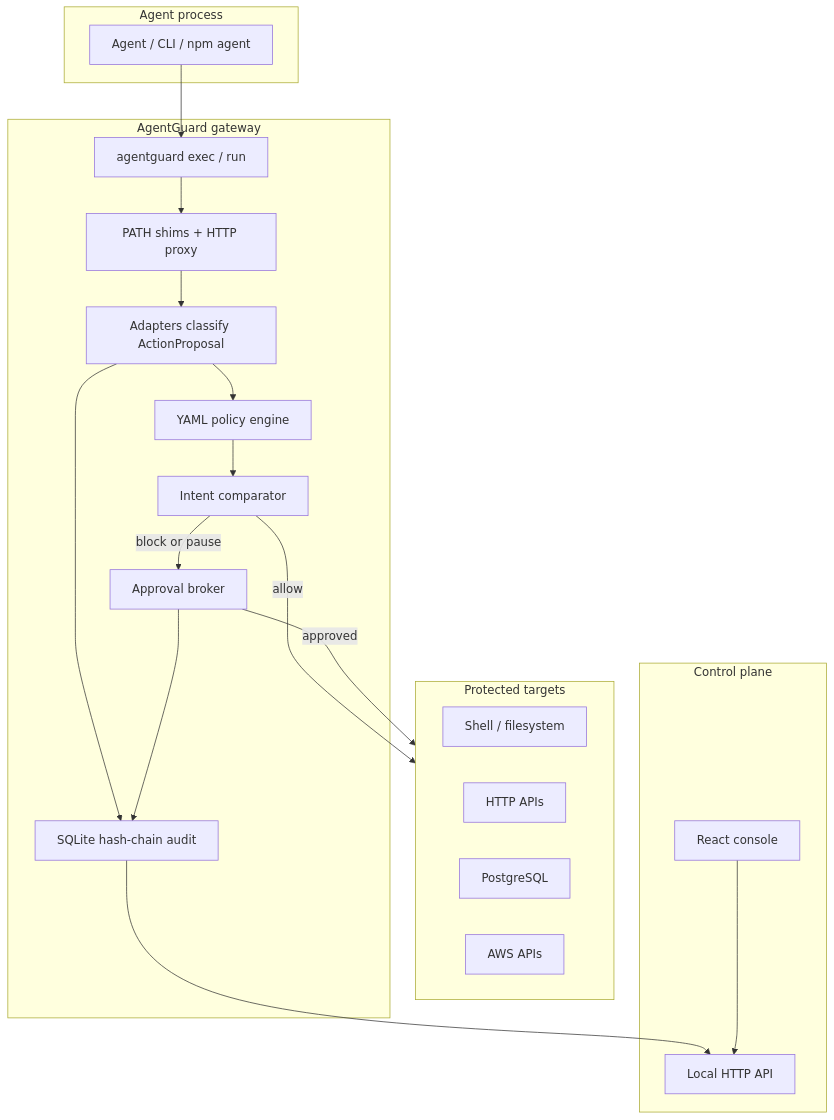
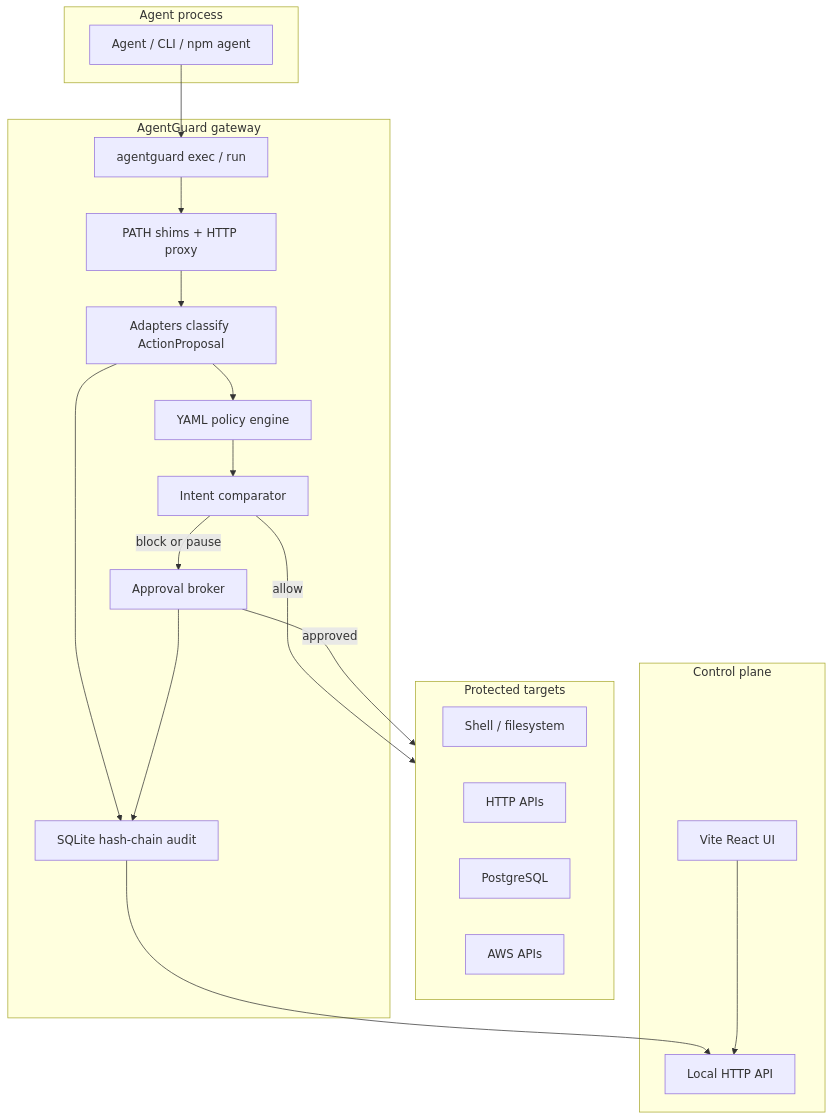
Before and after one commit to amulyavarshney/AgentGuard: the diagram in README.md, drawn with Mermaid. The commit also changed other lines of this file and 25 other files, not shown here.

````diff
--- a/README.md
+++ b/README.md
@@ -60,41 +33,41 @@
 ```mermaid
 flowchart TB
   subgraph agentSide [Agent process]
     Agent[Agent / CLI / npm agent]
   end
 
   subgraph gateway [AgentGuard gateway]
     Exec["agentguard exec / run"]
     Shims[PATH shims + HTTP proxy]
     Classify[Adapters classify ActionProposal]
     Policy[YAML policy engine]
     Intent[Intent comparator]
     Approve[Approval broker]
     Audit[SQLite hash-chain audit]
   end
 
   subgraph targets [Protected targets]
     Shell[Shell / filesystem]
     HTTP[HTTP APIs]
     PG[PostgreSQL]
     AWS[AWS APIs]
   end
 
   subgraph console [Control plane]
     API[Local HTTP API]
-    UI[React console]
+    UI[Vite React UI]
   end
 
   Agent --> Exec
   Exec --> Shims
   Shims --> Classify
   Classify --> Policy
   Policy --> Intent
   Intent -->|allow| targets
   Intent -->|block or pause| Approve
   Approve -->|approved| targets
   Classify --> Audit
   Approve --> Audit
   Audit --> API
   UI --> API
 ```
````
